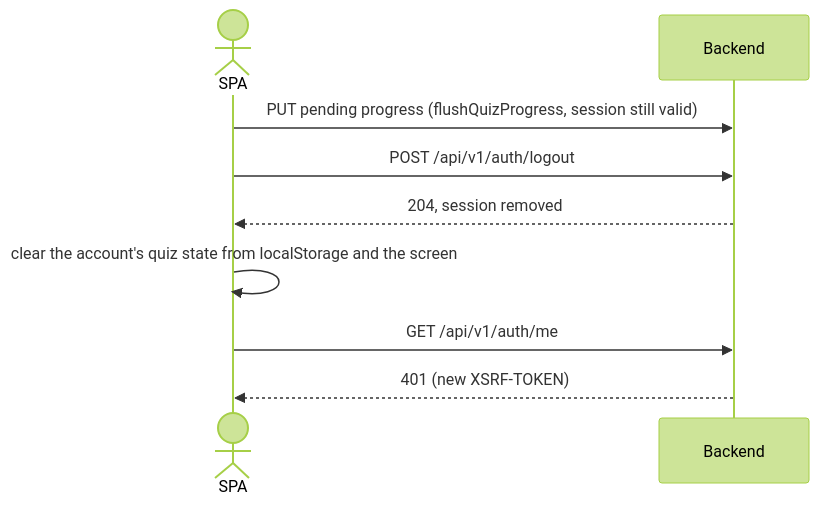
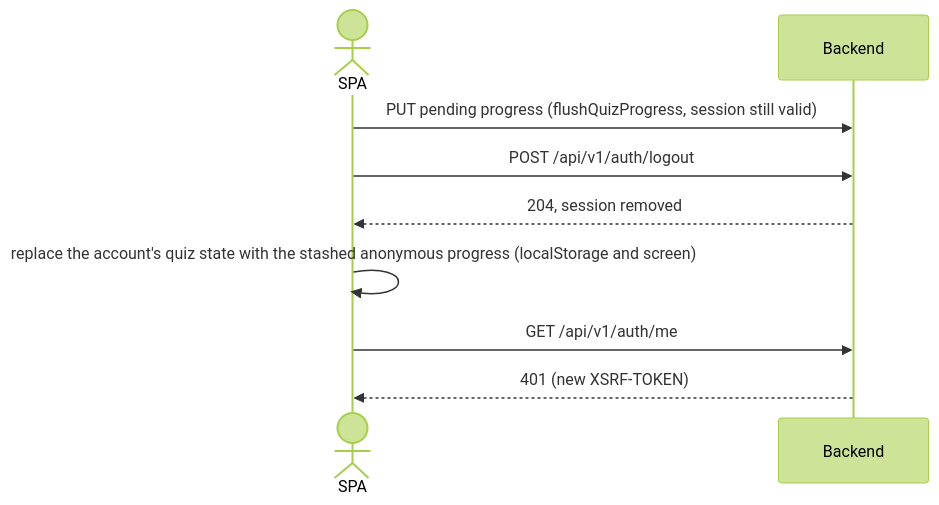
The third of 3 diagrams in docs/diagrams/quiz-progress-flow.md (makeitfine-org/phrasal), drawn with Mermaid (forest theme) before and after one commit. The commit also changed other lines of this file and 12 other files, not shown here.

First line of the commit message:
feat(frontend): keep anonymous quiz progress across login and logout

````diff
--- a/docs/diagrams/quiz-progress-flow.md
+++ b/docs/diagrams/quiz-progress-flow.md
@@ -57,12 +57,12 @@
 ```mermaid
 sequenceDiagram
     actor U as SPA
     participant B as Backend
 
     U->>B: PUT pending progress (flushQuizProgress, session still valid)
     U->>B: POST /api/v1/auth/logout
     B-->>U: 204, session removed
-    U->>U: clear the account's quiz state from localStorage and the screen
+    U->>U: replace the account's quiz state with the stashed anonymous progress (localStorage and screen)
     U->>B: GET /api/v1/auth/me
     B-->>U: 401 (new XSRF-TOKEN)
 ```
````
